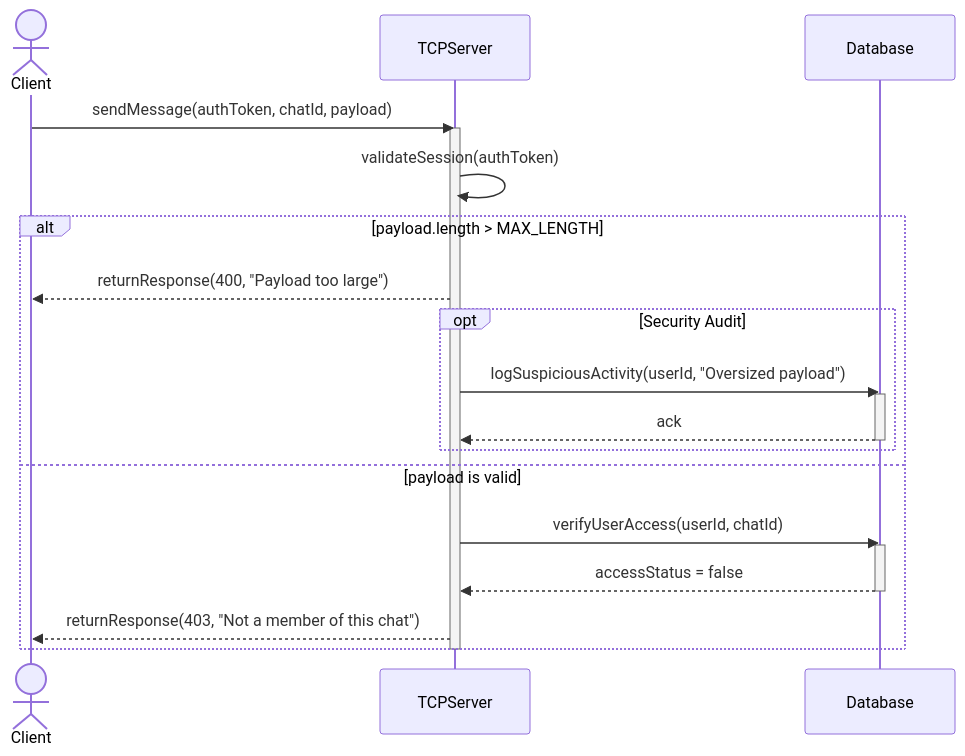
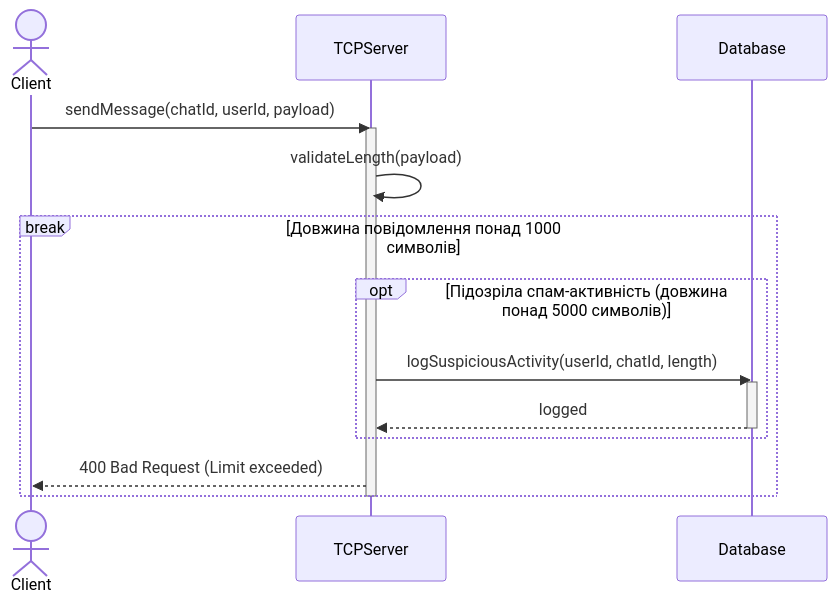
Before and after one commit to dan-gryy/ai_adr: the second of 3 diagrams in diagram.md, drawn with Mermaid. The commit also changed other lines of this file and 2 other files, not shown here.

Commit message:
fix(seq): split into 3 diagrams with break/OtherClients, MADR and prompt audit

````diff
--- a/diagram.md
+++ b/diagram.md
@@ -66,31 +35,23 @@
 ```mermaid
 sequenceDiagram
     actor Client
     participant TCPServer
     participant Database
 
-    Client->>TCPServer: sendMessage(authToken, chatId, payload)
+    Client ->> TCPServer: sendMessage(chatId, userId, payload)
     activate TCPServer
-    
-    TCPServer->>TCPServer: validateSession(authToken)
-    
-    alt payload.length > MAX_LENGTH
-        TCPServer-->>Client: returnResponse(400, "Payload too large")
-        
-        opt Security Audit
-            TCPServer->>Database: logSuspiciousActivity(userId, "Oversized payload")
+
+    TCPServer ->> TCPServer: validateLength(payload)
+
+    break Довжина повідомлення понад 1000 символів
+        opt Підозріла спам-активність (довжина понад 5000 символів)
+            TCPServer ->> Database: logSuspiciousActivity(userId, chatId, length)
             activate Database
-            Database-->>TCPServer: ack
+            Database -->> TCPServer: logged
             deactivate Database
         end
-        
-    else payload is valid
-        TCPServer->>Database: verifyUserAccess(userId, chatId)
-        activate Database
-        Database-->>TCPServer: accessStatus = false
-        deactivate Database
-        TCPServer-->>Client: returnResponse(403, "Not a member of this chat")
+        TCPServer -->> Client: 400 Bad Request (Limit exceeded)
     end
-    
+
     deactivate TCPServer
 ```
````
